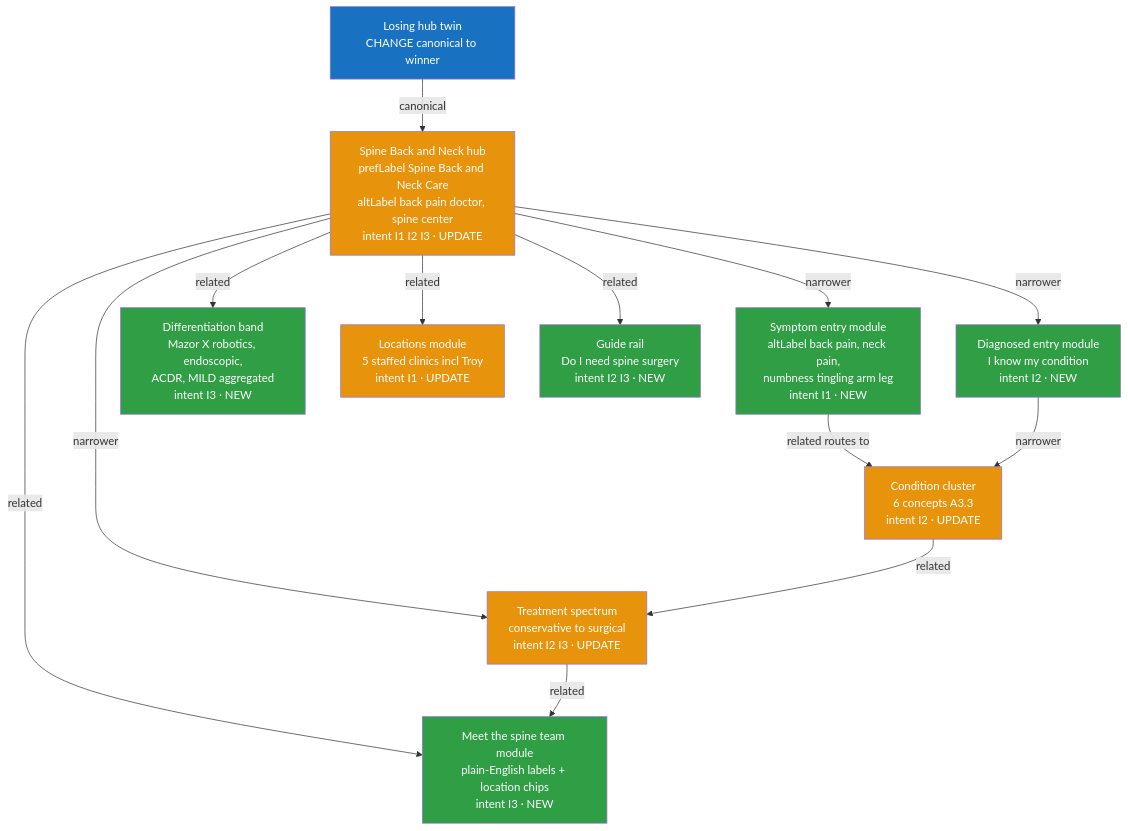
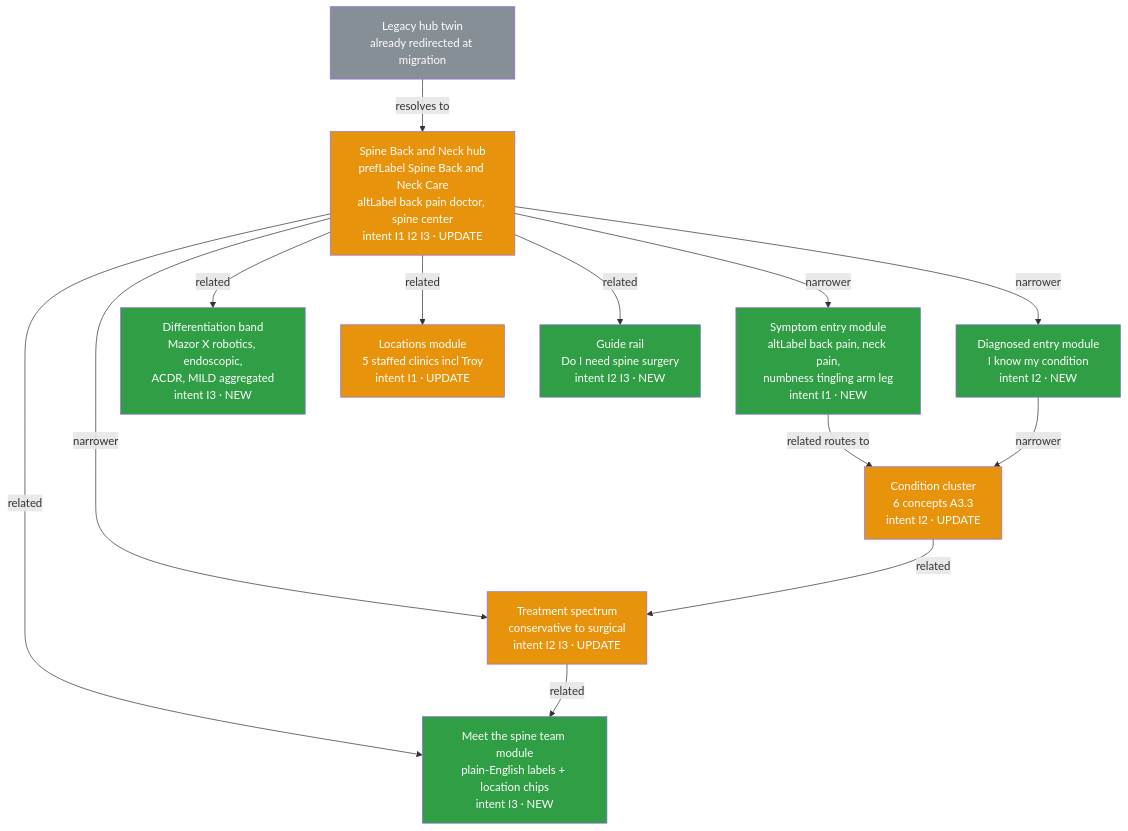
One commit to JosephAndrewMacLean/SHP changed the second of 9 diagrams in playbooks/spine-semantic-model.md. Above: the diagram before and after it, drawn with Mermaid. The commit also changed other lines of this file and 5 other files, not shown here.

First line of the commit message:
Correct the record: legacy duplicates were already redirected at migration

````diff
--- a/playbooks/spine-semantic-model.md
+++ b/playbooks/spine-semantic-model.md
@@ -135,33 +135,34 @@
 ```mermaid
 flowchart TD
     HUB[Spine Back and Neck hub<br/>prefLabel Spine Back and Neck Care<br/>altLabel back pain doctor, spine center<br/>intent I1 I2 I3 · UPDATE]
-    OLDHUB[Losing hub twin<br/>CHANGE canonical to winner]
+    OLDHUB[Legacy hub twin<br/>already redirected at migration]
     SYMP[Symptom entry module<br/>altLabel back pain, neck pain,<br/>numbness tingling arm leg<br/>intent I1 · NEW]
     DIAG[Diagnosed entry module<br/>I know my condition<br/>intent I2 · NEW]
     CONDS[Condition cluster<br/>6 concepts A3.3<br/>intent I2 · UPDATE]
     TRTS[Treatment spectrum<br/>conservative to surgical<br/>intent I2 I3 · UPDATE]
     TEAM[Meet the spine team module<br/>plain-English labels + location chips<br/>intent I3 · NEW]
     DIFF[Differentiation band<br/>Mazor X robotics, endoscopic,<br/>ACDR, MILD aggregated<br/>intent I3 · NEW]
     LOCS[Locations module<br/>5 staffed clinics incl Troy<br/>intent I1 · UPDATE]
     GUIDES[Guide rail<br/>Do I need spine surgery<br/>intent I2 I3 · NEW]
 
-    OLDHUB -->|canonical| HUB
+    OLDHUB -->|resolves to| HUB
     HUB -->|narrower| SYMP
     HUB -->|narrower| DIAG
     SYMP -->|related routes to| CONDS
     DIAG -->|narrower| CONDS
     HUB -->|narrower| TRTS
     HUB -->|related| TEAM
     HUB -->|related| DIFF
     HUB -->|related| LOCS
     HUB -->|related| GUIDES
     CONDS -->|related| TRTS
     TRTS -->|related| TEAM
 
     classDef newN fill:#2f9e44,color:#fff
     classDef updN fill:#e8930c,color:#fff
     classDef chgN fill:#1971c2,color:#fff
+    classDef keepN fill:#868e96,color:#fff
     class SYMP,DIAG,TEAM,DIFF,GUIDES newN
     class HUB,CONDS,TRTS,LOCS updN
-    class OLDHUB chgN
+    class OLDHUB keepN
 ```
````
